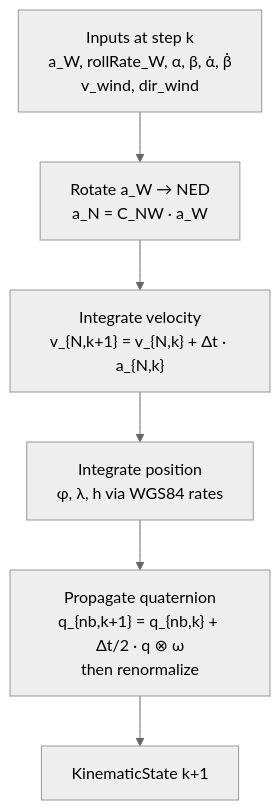
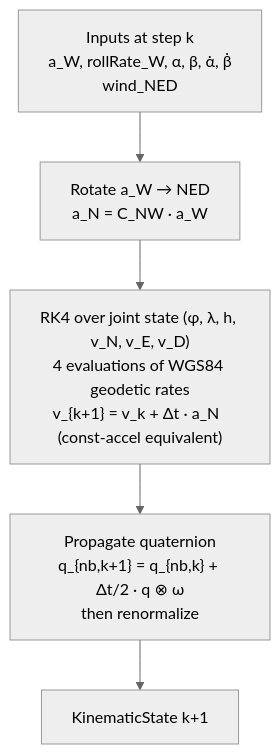
The third of 3 diagrams in docs/algorithms/equations_of_motion.md (yJjDoAZuae/LiteAeroSim), drawn with Mermaid (neutral theme) before and after one commit. The commit also changed other lines of this file and 5 other files, not shown here.

````diff
--- a/docs/algorithms/equations_of_motion.md
+++ b/docs/algorithms/equations_of_motion.md
@@ -802,9 +859,8 @@
 ```mermaid
 flowchart TD
-    IN["Inputs at step k<br/>a_W, rollRate_W, α, β, α̇, β̇<br/>v_wind, dir_wind"] -->
+    IN["Inputs at step k<br/>a_W, rollRate_W, α, β, α̇, β̇<br/>wind_NED"] -->
     ROT["Rotate a_W → NED<br/>a_N = C_NW · a_W"] -->
-    VEL["Integrate velocity<br/>v_{N,k+1} = v_{N,k} + Δt · a_{N,k}"] -->
-    POS["Integrate position<br/>φ, λ, h via WGS84 rates"] -->
+    PVRK4["RK4 over joint state (φ, λ, h, v_N, v_E, v_D)<br/>4 evaluations of WGS84 geodetic rates<br/>v_{k+1} = v_k + Δt · a_N  (const-accel equivalent)"] -->
     ATT["Propagate quaternion<br/>q_{nb,k+1} = q_{nb,k} + Δt/2 · q ⊗ ω<br/>then renormalize"] -->
     OUT["KinematicState k+1"]
 ```
````
